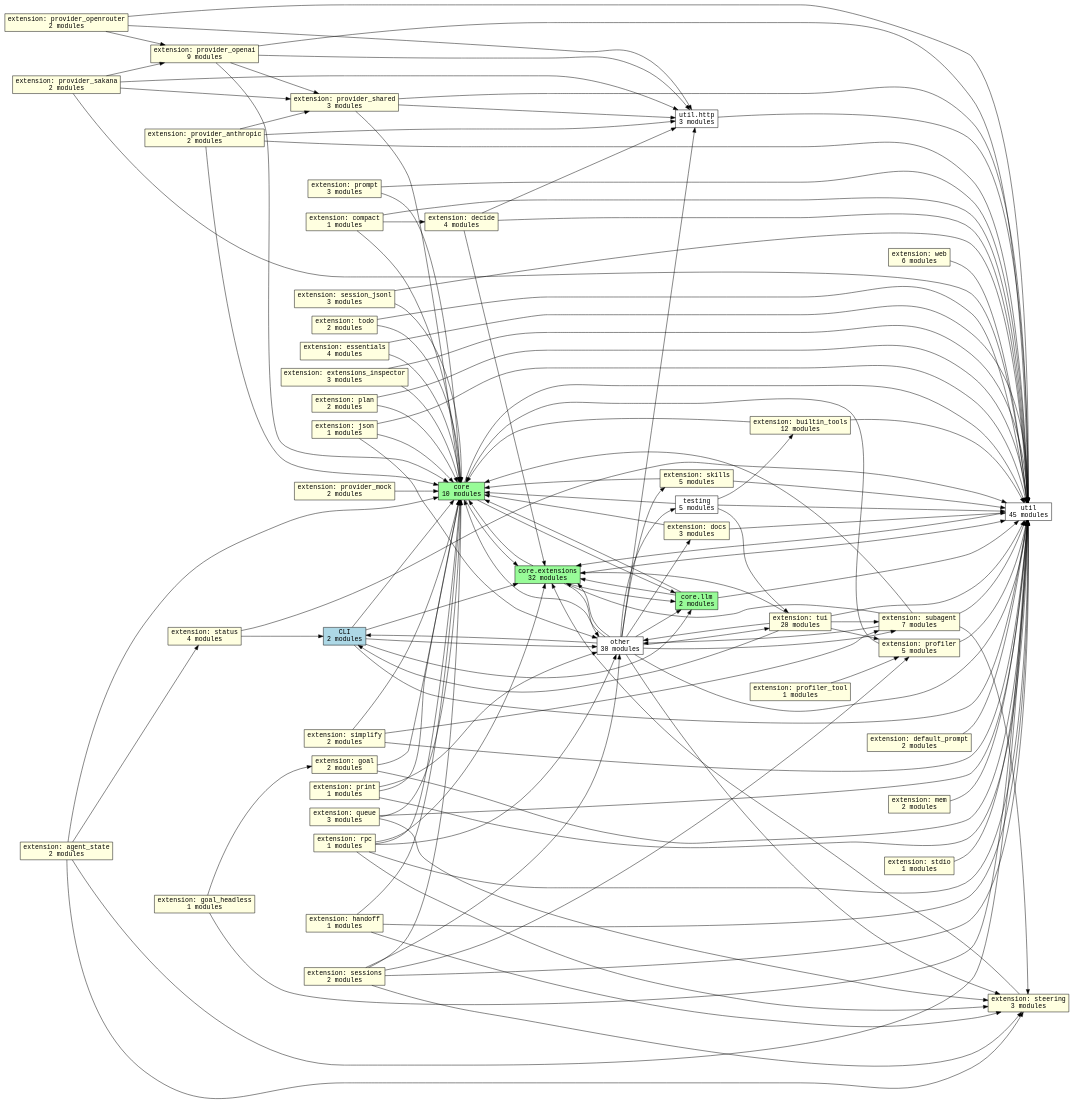
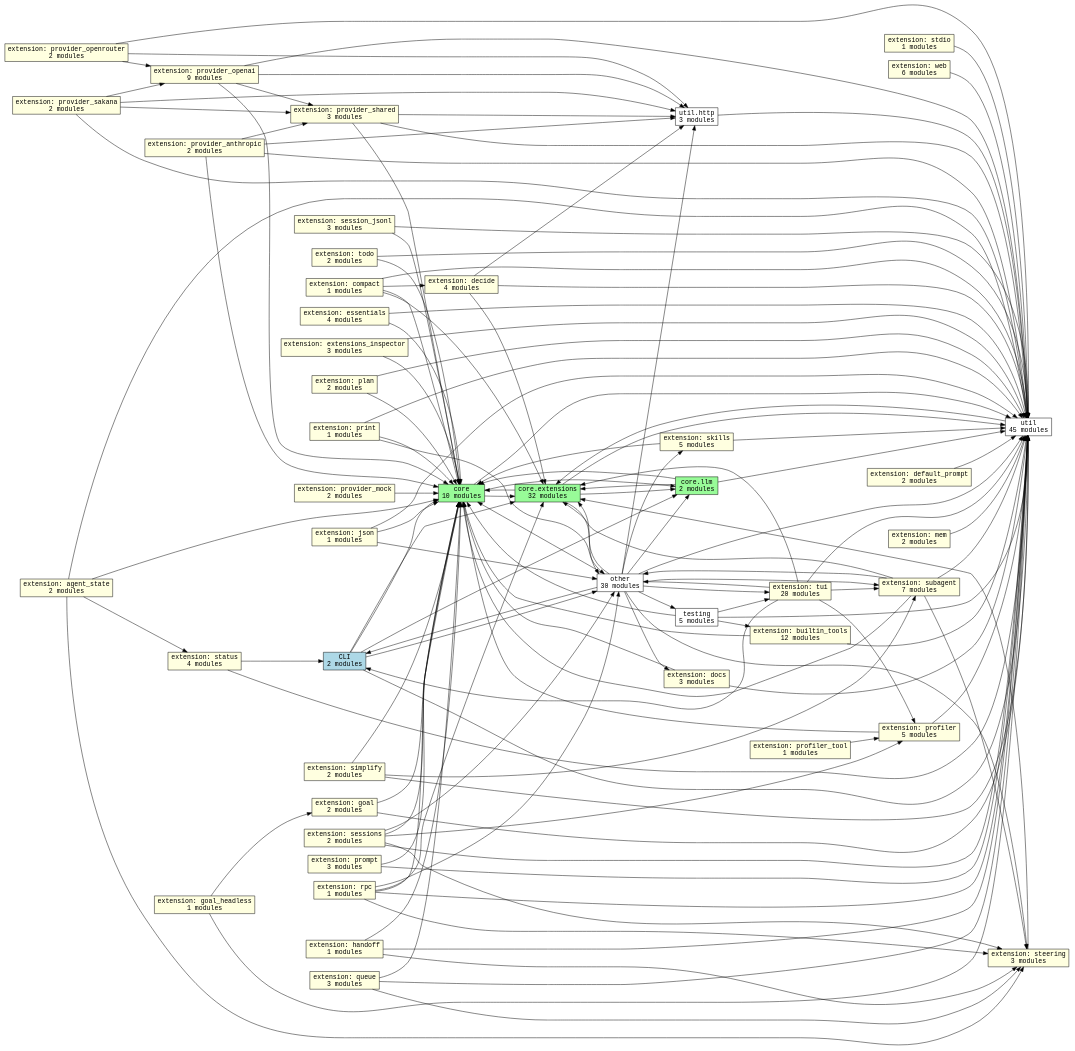
One commit to acmiyaguchi/fen changed the diagram in docs/graphs/subsystems.dot. Above: the diagram before and after it, drawn with Graphviz. The commit also changed 8 other files, not shown here.

```diff
--- a/docs/graphs/subsystems.dot
+++ b/docs/graphs/subsystems.dot
@@ -1,180 +1,181 @@
 digraph fen_subsystems {
   graph [rankdir=LR];
   node [shape=box, fontname="monospace"];
   edge [fontname="monospace"];
   "cli" [fillcolor="lightblue", label="CLI\n2 modules", style="filled"];
   "core" [fillcolor="palegreen", label="core\n10 modules", style="filled"];
   "core.extensions" [fillcolor="palegreen", label="core.extensions\n32 modules", style="filled"];
   "core.llm" [fillcolor="palegreen", label="core.llm\n2 modules", style="filled"];
   "extension.agent_state" [fillcolor="lightyellow", label="extension: agent_state\n2 modules", style="filled"];
   "extension.builtin_tools" [fillcolor="lightyellow", label="extension: builtin_tools\n12 modules", style="filled"];
   "extension.compact" [fillcolor="lightyellow", label="extension: compact\n1 modules", style="filled"];
   "extension.decide" [fillcolor="lightyellow", label="extension: decide\n4 modules", style="filled"];
   "extension.default_prompt" [fillcolor="lightyellow", label="extension: default_prompt\n2 modules", style="filled"];
   "extension.docs" [fillcolor="lightyellow", label="extension: docs\n3 modules", style="filled"];
   "extension.essentials" [fillcolor="lightyellow", label="extension: essentials\n4 modules", style="filled"];
   "extension.extensions_inspector" [fillcolor="lightyellow", label="extension: extensions_inspector\n3 modules", style="filled"];
   "extension.goal" [fillcolor="lightyellow", label="extension: goal\n2 modules", style="filled"];
   "extension.goal_headless" [fillcolor="lightyellow", label="extension: goal_headless\n1 modules", style="filled"];
   "extension.handoff" [fillcolor="lightyellow", label="extension: handoff\n1 modules", style="filled"];
   "extension.json" [fillcolor="lightyellow", label="extension: json\n1 modules", style="filled"];
   "extension.mem" [fillcolor="lightyellow", label="extension: mem\n2 modules", style="filled"];
   "extension.plan" [fillcolor="lightyellow", label="extension: plan\n2 modules", style="filled"];
   "extension.print" [fillcolor="lightyellow", label="extension: print\n1 modules", style="filled"];
   "extension.profiler" [fillcolor="lightyellow", label="extension: profiler\n5 modules", style="filled"];
   "extension.profiler_tool" [fillcolor="lightyellow", label="extension: profiler_tool\n1 modules", style="filled"];
   "extension.prompt" [fillcolor="lightyellow", label="extension: prompt\n3 modules", style="filled"];
   "extension.provider_anthropic" [fillcolor="lightyellow", label="extension: provider_anthropic\n2 modules", style="filled"];
   "extension.provider_mock" [fillcolor="lightyellow", label="extension: provider_mock\n2 modules", style="filled"];
   "extension.provider_openai" [fillcolor="lightyellow", label="extension: provider_openai\n9 modules", style="filled"];
   "extension.provider_openrouter" [fillcolor="lightyellow", label="extension: provider_openrouter\n2 modules", style="filled"];
   "extension.provider_sakana" [fillcolor="lightyellow", label="extension: provider_sakana\n2 modules", style="filled"];
   "extension.provider_shared" [fillcolor="lightyellow", label="extension: provider_shared\n3 modules", style="filled"];
   "extension.queue" [fillcolor="lightyellow", label="extension: queue\n3 modules", style="filled"];
   "extension.rpc" [fillcolor="lightyellow", label="extension: rpc\n1 modules", style="filled"];
   "extension.session_jsonl" [fillcolor="lightyellow", label="extension: session_jsonl\n3 modules", style="filled"];
   "extension.sessions" [fillcolor="lightyellow", label="extension: sessions\n2 modules", style="filled"];
   "extension.simplify" [fillcolor="lightyellow", label="extension: simplify\n2 modules", style="filled"];
   "extension.skills" [fillcolor="lightyellow", label="extension: skills\n5 modules", style="filled"];
   "extension.status" [fillcolor="lightyellow", label="extension: status\n4 modules", style="filled"];
   "extension.stdio" [fillcolor="lightyellow", label="extension: stdio\n1 modules", style="filled"];
   "extension.steering" [fillcolor="lightyellow", label="extension: steering\n3 modules", style="filled"];
   "extension.subagent" [fillcolor="lightyellow", label="extension: subagent\n7 modules", style="filled"];
   "extension.todo" [fillcolor="lightyellow", label="extension: todo\n2 modules", style="filled"];
   "extension.tui" [fillcolor="lightyellow", label="extension: tui\n20 modules", style="filled"];
   "extension.web" [fillcolor="lightyellow", label="extension: web\n6 modules", style="filled"];
   "other" [fillcolor="white", label="other\n30 modules", style="filled"];
   "testing" [fillcolor="white", label="testing\n5 modules", style="filled"];
   "util" [fillcolor="white", label="util\n45 modules", style="filled"];
   "util.http" [fillcolor="white", label="util.http\n3 modules", style="filled"];
   "cli" -> "core";
   "cli" -> "core.extensions";
   "cli" -> "core.llm";
   "cli" -> "other";
   "cli" -> "util";
   "core" -> "core.extensions";
   "core" -> "core.llm";
   "core" -> "util";
   "core.extensions" -> "core";
   "core.extensions" -> "core.llm";
   "core.extensions" -> "other";
   "core.extensions" -> "util";
   "core.llm" -> "core";
   "core.llm" -> "core.extensions";
   "core.llm" -> "util";
   "extension.agent_state" -> "core";
   "extension.agent_state" -> "extension.status";
   "extension.agent_state" -> "extension.steering";
   "extension.agent_state" -> "util";
   "extension.builtin_tools" -> "core";
   "extension.builtin_tools" -> "util";
   "extension.compact" -> "core";
+  "extension.compact" -> "core.extensions";
   "extension.compact" -> "extension.decide";
   "extension.compact" -> "util";
   "extension.decide" -> "core.extensions";
   "extension.decide" -> "util";
   "extension.decide" -> "util.http";
   "extension.default_prompt" -> "util";
   "extension.docs" -> "core";
   "extension.docs" -> "util";
   "extension.essentials" -> "core";
   "extension.essentials" -> "util";
   "extension.extensions_inspector" -> "core";
   "extension.extensions_inspector" -> "util";
   "extension.goal" -> "core";
   "extension.goal" -> "util";
   "extension.goal_headless" -> "extension.goal";
   "extension.goal_headless" -> "util";
   "extension.handoff" -> "core";
   "extension.handoff" -> "extension.steering";
   "extension.handoff" -> "util";
   "extension.json" -> "core";
   "extension.json" -> "other";
   "extension.json" -> "util";
   "extension.mem" -> "util";
   "extension.plan" -> "core";
   "extension.plan" -> "util";
   "extension.print" -> "core";
   "extension.print" -> "other";
   "extension.print" -> "util";
   "extension.profiler" -> "core";
   "extension.profiler" -> "util";
   "extension.profiler_tool" -> "extension.profiler";
   "extension.prompt" -> "core";
   "extension.prompt" -> "util";
   "extension.provider_anthropic" -> "core";
   "extension.provider_anthropic" -> "extension.provider_shared";
   "extension.provider_anthropic" -> "util";
   "extension.provider_anthropic" -> "util.http";
   "extension.provider_mock" -> "core";
   "extension.provider_openai" -> "core";
   "extension.provider_openai" -> "extension.provider_shared";
   "extension.provider_openai" -> "util";
   "extension.provider_openai" -> "util.http";
   "extension.provider_openrouter" -> "extension.provider_openai";
   "extension.provider_openrouter" -> "util";
   "extension.provider_openrouter" -> "util.http";
   "extension.provider_sakana" -> "extension.provider_openai";
   "extension.provider_sakana" -> "extension.provider_shared";
   "extension.provider_sakana" -> "util";
   "extension.provider_sakana" -> "util.http";
   "extension.provider_shared" -> "core";
   "extension.provider_shared" -> "util";
   "extension.provider_shared" -> "util.http";
   "extension.queue" -> "core";
   "extension.queue" -> "extension.steering";
   "extension.queue" -> "util";
   "extension.rpc" -> "core";
   "extension.rpc" -> "core.extensions";
   "extension.rpc" -> "extension.steering";
   "extension.rpc" -> "other";
   "extension.rpc" -> "util";
   "extension.session_jsonl" -> "core";
   "extension.session_jsonl" -> "util";
   "extension.sessions" -> "core";
   "extension.sessions" -> "extension.profiler";
   "extension.sessions" -> "extension.steering";
   "extension.sessions" -> "other";
   "extension.sessions" -> "util";
   "extension.simplify" -> "core";
   "extension.simplify" -> "extension.subagent";
   "extension.simplify" -> "util";
   "extension.skills" -> "core";
   "extension.skills" -> "util";
   "extension.status" -> "cli";
   "extension.status" -> "util";
   "extension.stdio" -> "util";
   "extension.steering" -> "core.extensions";
   "extension.subagent" -> "core";
   "extension.subagent" -> "core.extensions";
   "extension.subagent" -> "extension.steering";
   "extension.subagent" -> "other";
   "extension.subagent" -> "util";
   "extension.todo" -> "core";
   "extension.todo" -> "util";
   "extension.tui" -> "cli";
   "extension.tui" -> "core.extensions";
   "extension.tui" -> "extension.profiler";
   "extension.tui" -> "extension.subagent";
   "extension.tui" -> "other";
   "extension.tui" -> "util";
   "extension.web" -> "util";
   "other" -> "cli";
   "other" -> "core";
   "other" -> "core.extensions";
   "other" -> "core.llm";
   "other" -> "extension.docs";
   "other" -> "extension.skills";
   "other" -> "extension.steering";
   "other" -> "extension.subagent";
   "other" -> "extension.tui";
   "other" -> "testing";
   "other" -> "util";
   "other" -> "util.http";
   "testing" -> "core";
   "testing" -> "extension.builtin_tools";
   "testing" -> "extension.tui";
   "testing" -> "util";
   "util" -> "core.extensions";
   "util.http" -> "util";
 }
```
